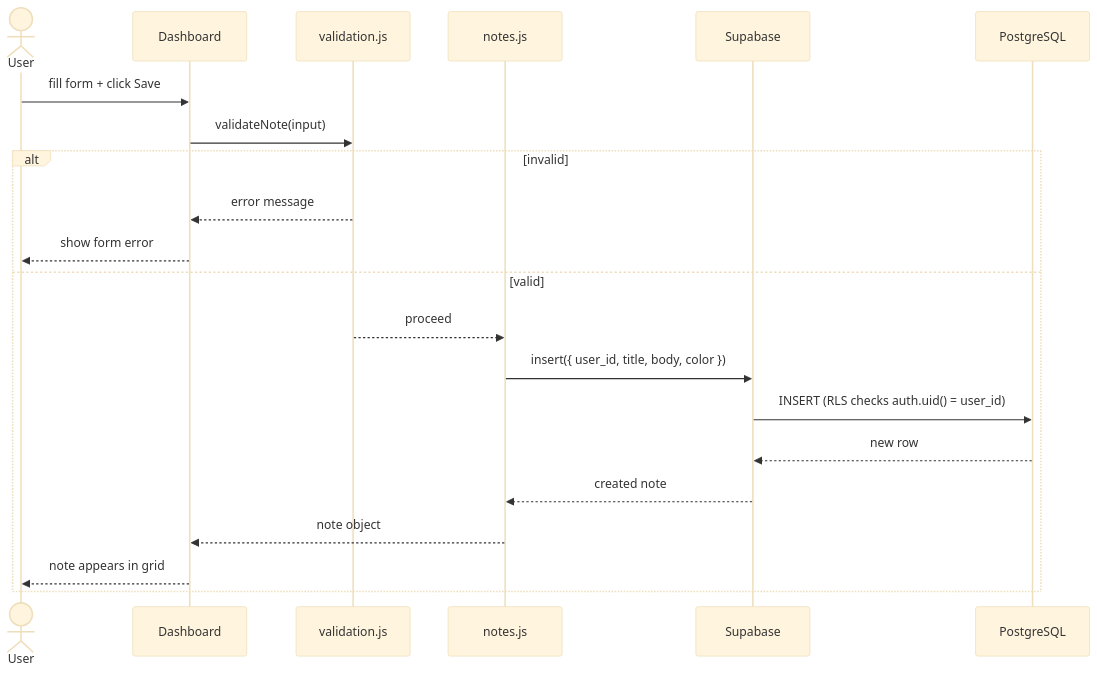
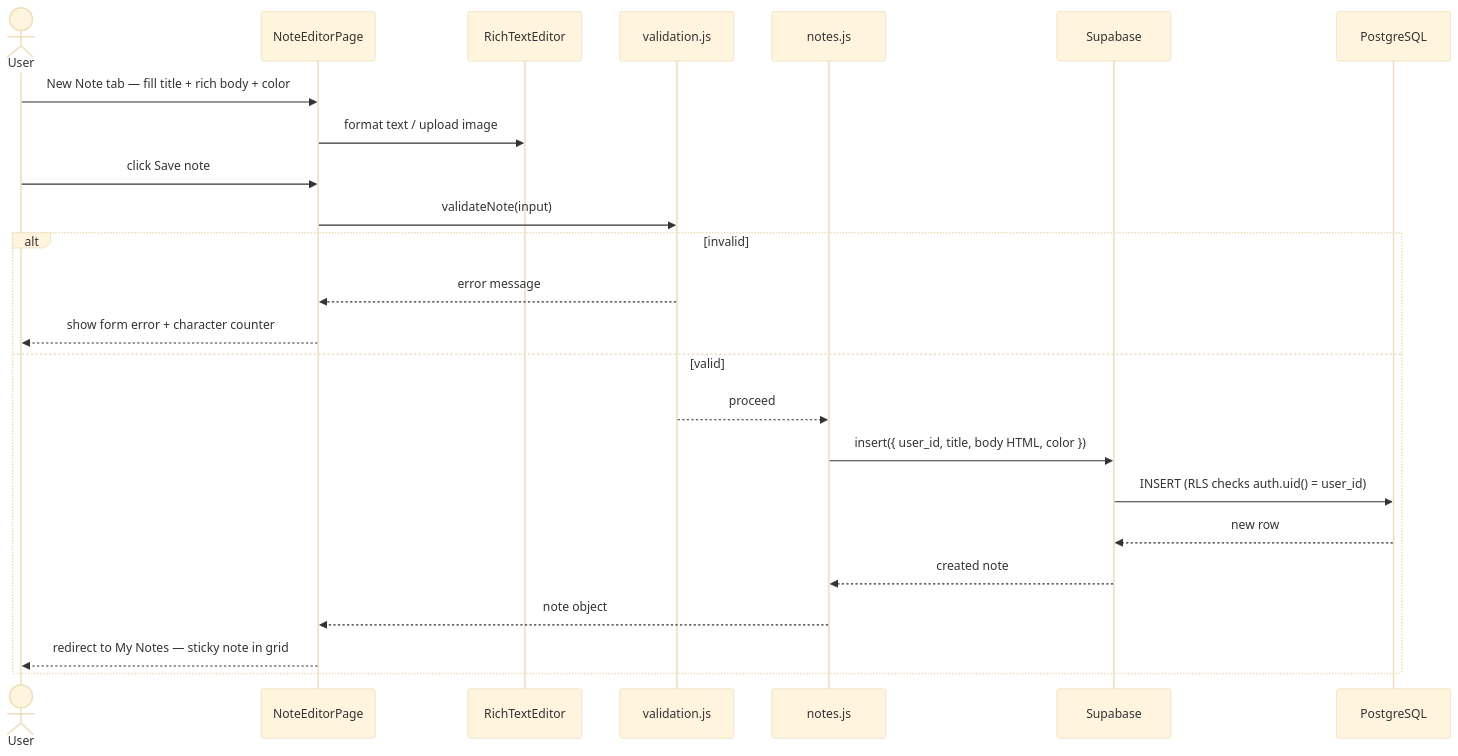
One commit to Angelica-Vides/Lumenote changed diagram 12 of 18 in DIAGRAMS.md. Above: the diagram before and after it, drawn with Mermaid (base theme). The commit also changed other lines of this file and 4 other files, not shown here.

First line of the commit message:
docs: sync planning and diagrams with current app architecture

````diff
--- a/DIAGRAMS.md
+++ b/DIAGRAMS.md
@@ -245,24 +268,27 @@
 ```mermaid
 sequenceDiagram
     actor U as User
-    participant UI as Dashboard
+    participant UI as NoteEditorPage
+    participant RTE as RichTextEditor
     participant VAL as validation.js
     participant API as notes.js
     participant SB as Supabase
     participant DB as PostgreSQL
 
-    U->>UI: fill form + click Save
+    U->>UI: New Note tab — fill title + rich body + color
+    UI->>RTE: format text / upload image
+    U->>UI: click Save note
     UI->>VAL: validateNote(input)
     alt invalid
         VAL-->>UI: error message
-        UI-->>U: show form error
+        UI-->>U: show form error + character counter
     else valid
         VAL-->>API: proceed
-        API->>SB: insert({ user_id, title, body, color })
+        API->>SB: insert({ user_id, title, body HTML, color })
         SB->>DB: INSERT (RLS checks auth.uid() = user_id)
         DB-->>SB: new row
         SB-->>API: created note
         API-->>UI: note object
-        UI-->>U: note appears in grid
+        UI-->>U: redirect to My Notes — sticky note in grid
     end
 ```
````
